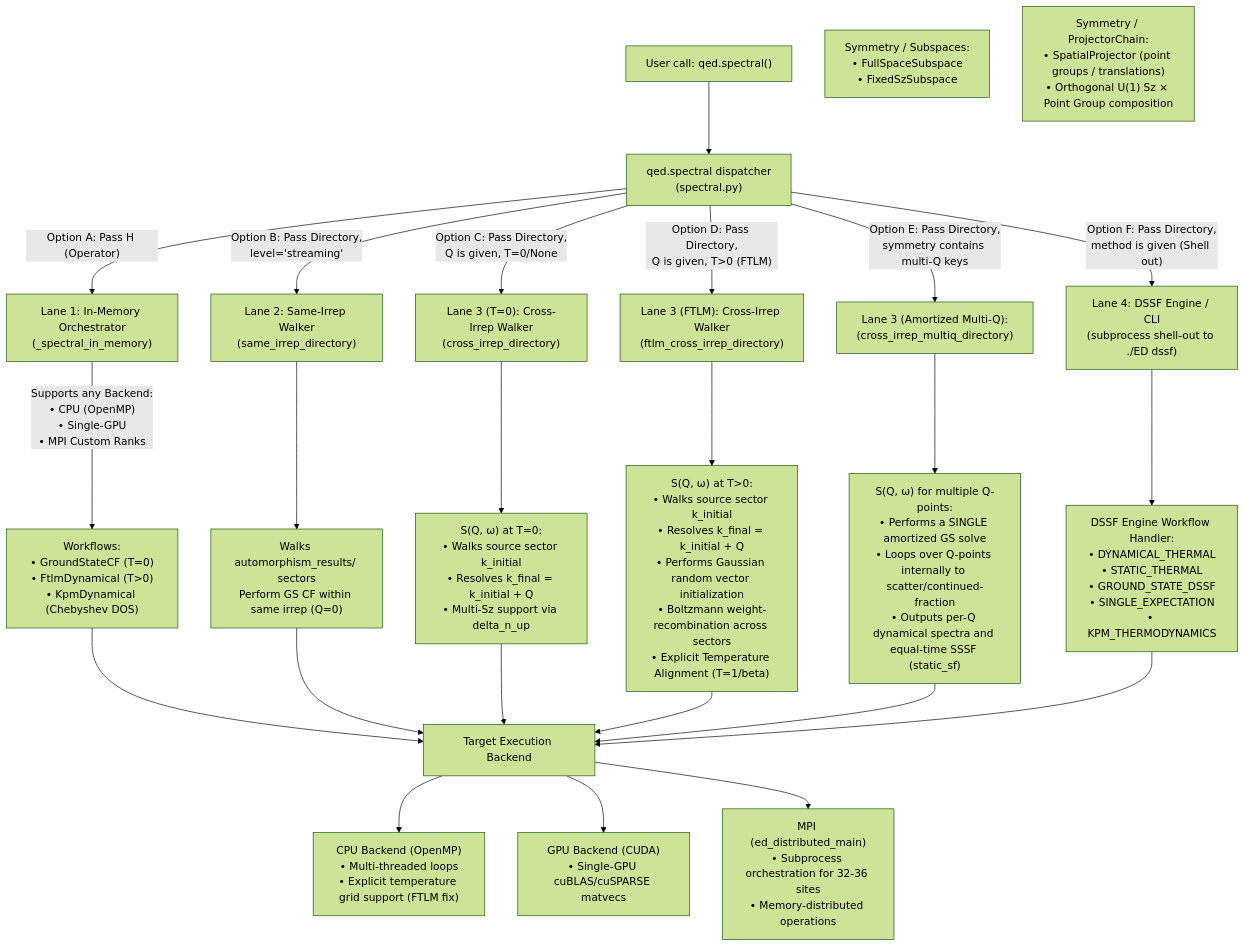
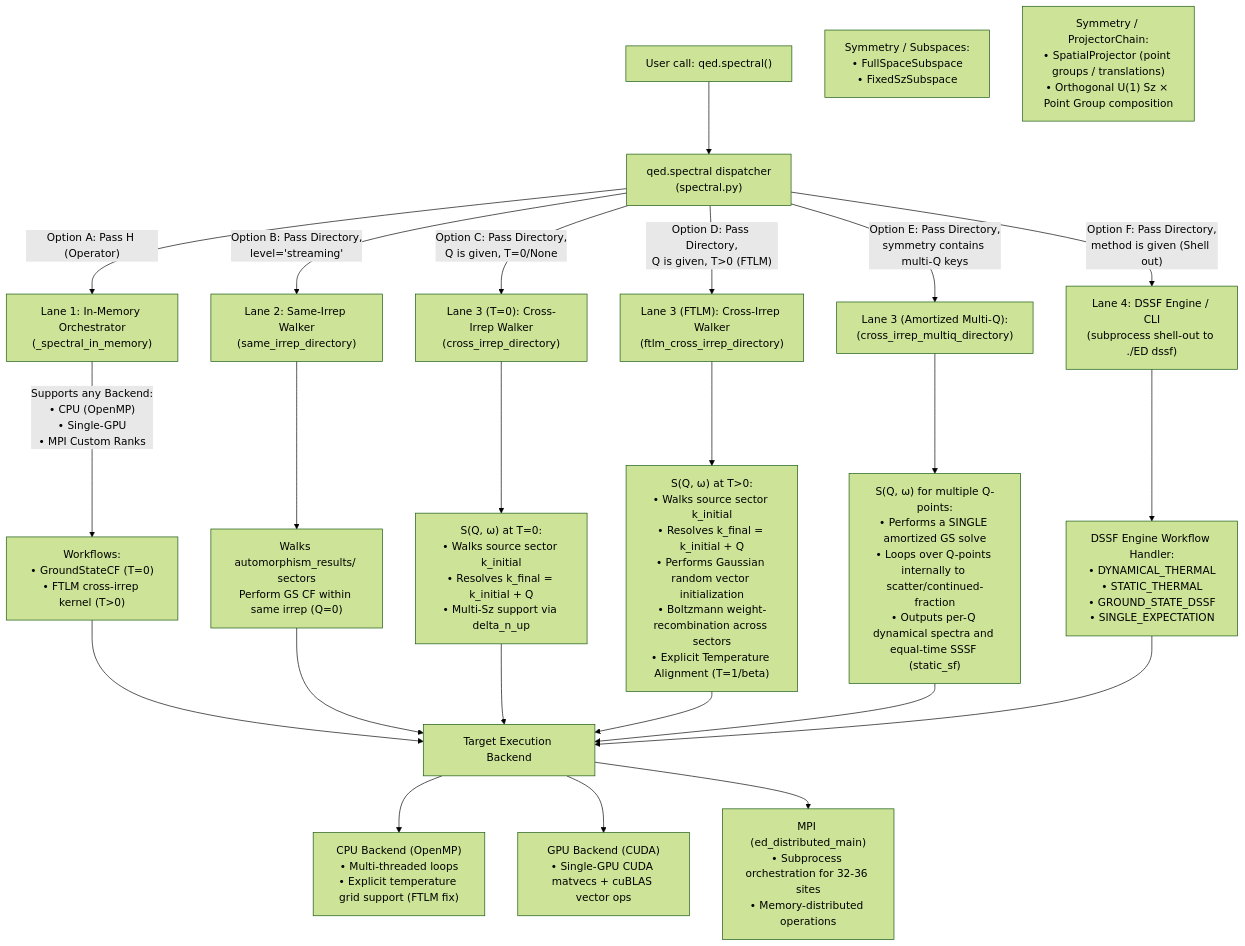
The diagram in docs/architecture/DSSF.md (ze-bang/QED_Spin), drawn with Mermaid (forest theme) before and after one commit. The commit also changed other lines of this file and 124 other files, not shown here.

First line of the commit message:
remove the legacy GPU operator stack, KPM, and the invalid FTLM-dynamics kernel

````diff
--- a/docs/architecture/DSSF.md
+++ b/docs/architecture/DSSF.md
@@ -33,35 +33,35 @@
 ```mermaid
 graph TD
     %% Entry Layer
     User["User call: qed.spectral()"] --> Router["qed.spectral dispatcher<br>(spectral.py)"]
 
     %% Router branching based on inputs
     Router -- "Option A: Pass H (Operator)" --> Lane1["Lane 1: In-Memory Orchestrator<br>(_spectral_in_memory)"]
     Router -- "Option B: Pass Directory,<br>level='streaming'" --> Lane2["Lane 2: Same-Irrep Walker<br>(same_irrep_directory)"]
     Router -- "Option C: Pass Directory,<br>Q is given, T=0/None" --> Lane3GS["Lane 3 (T=0): Cross-Irrep Walker<br>(cross_irrep_directory)"]
     Router -- "Option D: Pass Directory,<br>Q is given, T>0 (FTLM)" --> Lane3FTLM["Lane 3 (FTLM): Cross-Irrep Walker<br>(ftlm_cross_irrep_directory)"]
     Router -- "Option E: Pass Directory,<br>symmetry contains multi-Q keys" --> Lane3MultiQ["Lane 3 (Amortized Multi-Q):<br>(cross_irrep_multiq_directory)"]
     Router -- "Option F: Pass Directory,<br>method is given (Shell out)" --> Lane4["Lane 4: DSSF Engine / CLI<br>(subprocess shell-out to ./ED dssf)"]
 
     %% Lane Details
     subspace1["Symmetry / Subspaces:<br>• FullSpaceSubspace<br>• FixedSzSubspace"]
     projectors["Symmetry / ProjectorChain:<br>• SpatialProjector (point groups / translations)<br>• Orthogonal U(1) Sz × Point Group composition"]
 
-    Lane1 --> |"Supports any Backend:<br>• CPU (OpenMP)<br>• Single-GPU<br>• MPI Custom Ranks"| Lane1_Workflows["Workflows:<br>• GroundStateCF (T=0)<br>• FtlmDynamical (T>0)<br>• KpmDynamical (Chebyshev DOS)"]
+    Lane1 --> |"Supports any Backend:<br>• CPU (OpenMP)<br>• Single-GPU<br>• MPI Custom Ranks"| Lane1_Workflows["Workflows:<br>• GroundStateCF (T=0)<br>• FTLM cross-irrep kernel (T>0)"]
 
     Lane2 --> Lane2_Logic["Walks automorphism_results/ sectors<br>Perform GS CF within same irrep (Q=0)"]
     
     Lane3GS --> Lane3GS_Logic["S(Q, ω) at T=0:<br>• Walks source sector k_initial<br>• Resolves k_final = k_initial + Q<br>• Multi-Sz support via delta_n_up"]
     
     Lane3FTLM --> Lane3FTLM_Logic["S(Q, ω) at T>0:<br>• Walks source sector k_initial<br>• Resolves k_final = k_initial + Q<br>• Performs Gaussian random vector initialization<br>• Boltzmann weight-recombination across sectors<br>• Explicit Temperature Alignment (T=1/beta)"]
 
     Lane3MultiQ --> Lane3MultiQ_Logic["S(Q, ω) for multiple Q-points:<br>• Performs a SINGLE amortized GS solve<br>• Loops over Q-points internally to scatter/continued-fraction<br>• Outputs per-Q dynamical spectra and equal-time SSSF (static_sf)"]
 
-    Lane4 --> Lane4_Logic["DSSF Engine Workflow Handler:<br>• DYNAMICAL_THERMAL<br>• STATIC_THERMAL<br>• GROUND_STATE_DSSF<br>• SINGLE_EXPECTATION<br>• KPM_THERMODYNAMICS"]
+    Lane4 --> Lane4_Logic["DSSF Engine Workflow Handler:<br>• DYNAMICAL_THERMAL<br>• STATIC_THERMAL<br>• GROUND_STATE_DSSF<br>• SINGLE_EXPECTATION"]
 
     %% Backend Layer
     Lane1_Workflows & Lane2_Logic & Lane3GS_Logic & Lane3FTLM_Logic & Lane3MultiQ_Logic & Lane4_Logic --> Backends["Target Execution Backend"]
     Backends --> CPU["CPU Backend (OpenMP)<br>• Multi-threaded loops<br>• Explicit temperature grid support (FTLM fix)"]
-    Backends --> GPU["GPU Backend (CUDA)<br>• Single-GPU cuBLAS/cuSPARSE matvecs"]
+    Backends --> GPU["GPU Backend (CUDA)<br>• Single-GPU CUDA matvecs + cuBLAS vector ops"]
     Backends --> MPI["MPI (ed_distributed_main)<br>• Subprocess orchestration for 32-36 sites<br>• Memory-distributed operations"]
 ```
````
